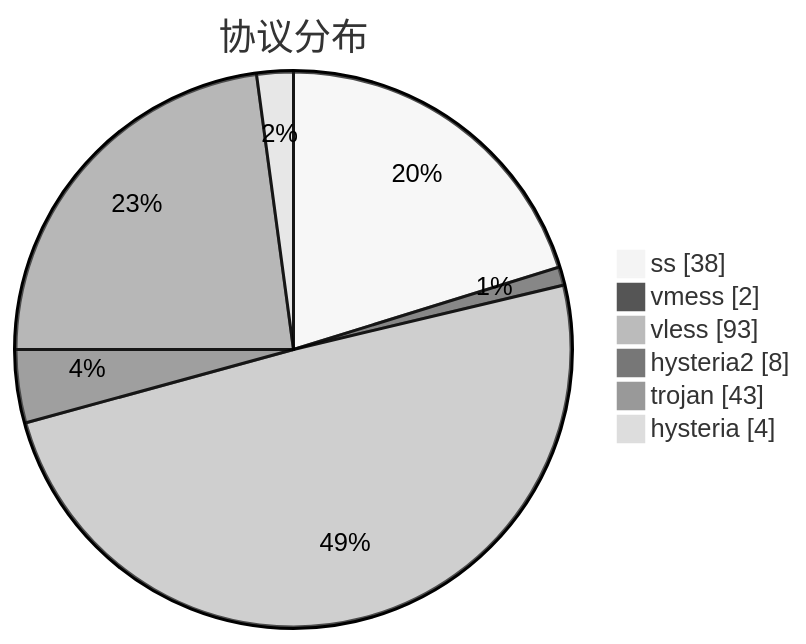
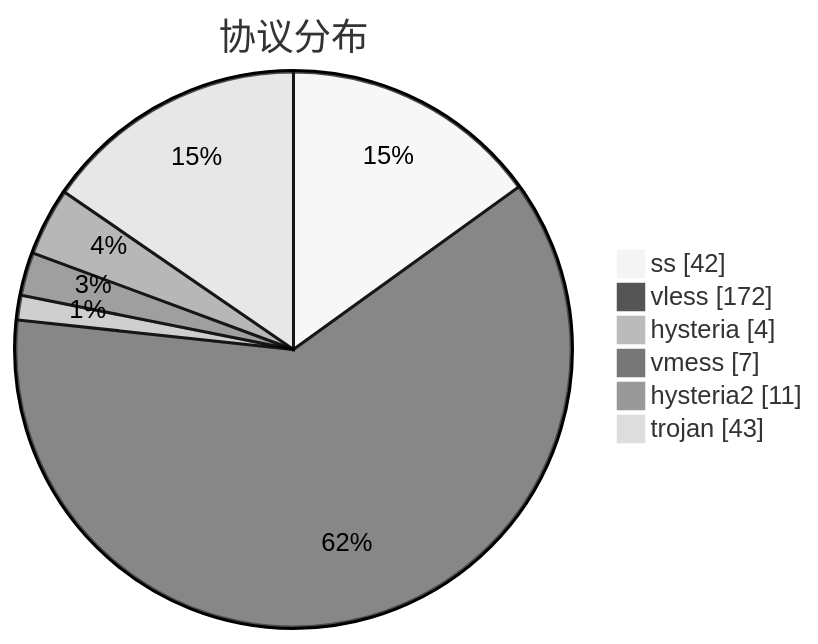
Before and after one commit to sinspired/airport: the third of 3 diagrams in subs/statistics/tested_within.md, drawn with Mermaid (neutral theme). The commit also changed other lines of this file and 2 other files, not shown here.

````diff
--- a/subs/statistics/tested_within.md
+++ b/subs/statistics/tested_within.md
@@ -36,10 +40,10 @@
 ```mermaid
 pie showData
 title 协议分布
-"ss" : 38
-"vmess" : 2
-"vless" : 93
-"hysteria2" : 8
+"ss" : 42
+"vless" : 172
+"hysteria" : 4
+"vmess" : 7
+"hysteria2" : 11
 "trojan" : 43
-"hysteria" : 4
 ```
````
